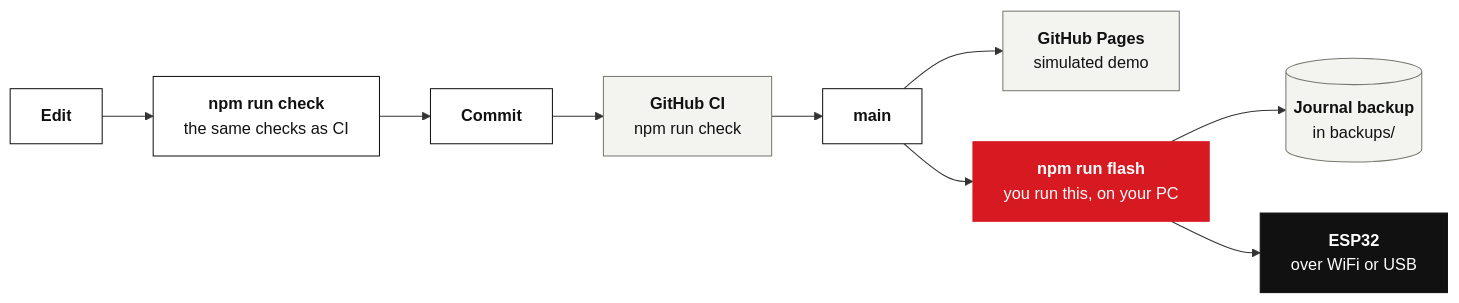
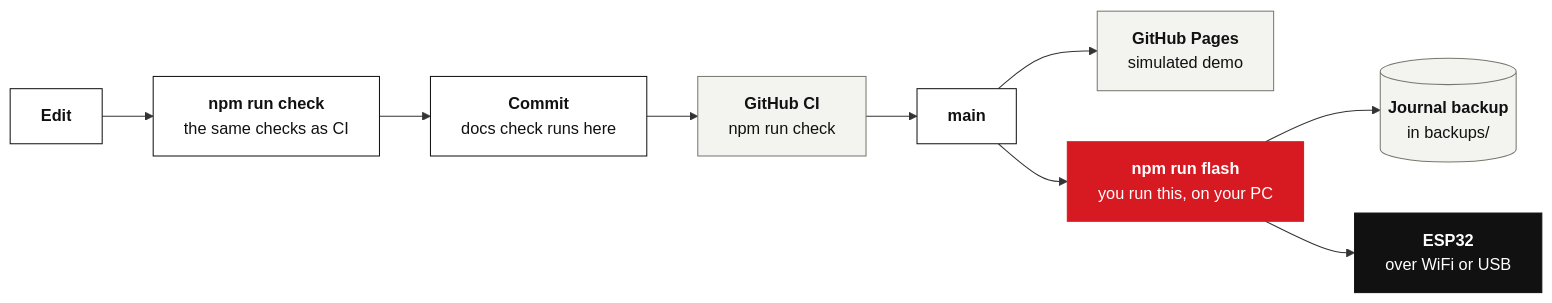
Before and after one commit to yiannosparanomos/gaggia-control-and-log: the seventh of 8 diagrams in docs/architecture.md, drawn with Mermaid. The commit also changed other lines of this file and 16 other files, not shown here.

````diff
--- a/docs/architecture.md
+++ b/docs/architecture.md
@@ -227,20 +228,20 @@
 ```mermaid
 flowchart LR
   edit["<b>Edit</b>"] --> check["<b>npm run check</b><br/>the same checks as CI"]
-  check --> commit["<b>Commit</b>"]
+  check --> commit["<b>Commit</b><br/>docs check runs here"]
   commit --> ci["<b>GitHub CI</b><br/>npm run check"]
   ci --> main["<b>main</b>"]
   main --> pages["<b>GitHub Pages</b><br/>simulated demo"]
   main --> flash["<b>npm run flash</b><br/>you run this, on your PC"]
   flash --> backup[("<b>Journal backup</b><br/>in backups/")]
   flash --> esp["<b>ESP32</b><br/>over WiFi or USB"]
 
   classDef step fill:#ffffff,stroke:#111111,color:#111111
   classDef cloud fill:#f3f3f0,stroke:#77776f,color:#111111
   classDef human fill:#d71921,stroke:#d71921,color:#ffffff
   classDef device fill:#111111,stroke:#111111,color:#ffffff
   class edit,check,commit,main step
   class ci,pages,backup cloud
   class flash human
   class esp device
 ```
````
